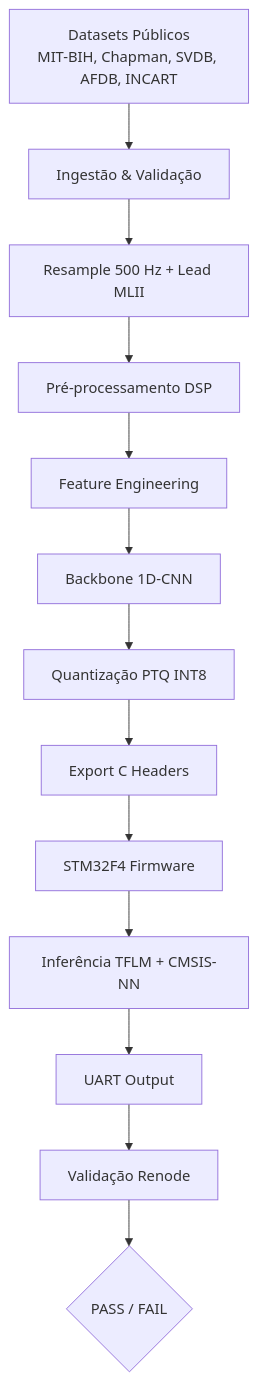
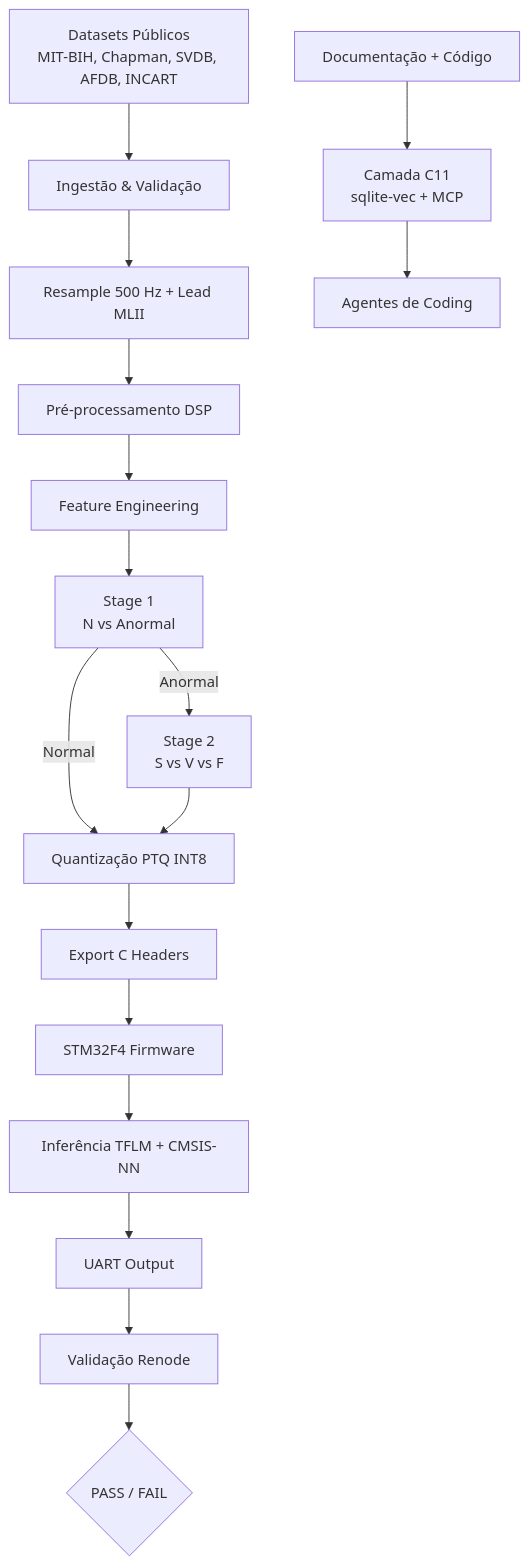
The diagram in README.md (Douglas0101/project-lewis), drawn with Mermaid before and after one commit. The commit also changed other lines of this file, not shown here.

First line of the commit message:
docs(readme): atualiza README.md para arquitetura v2.2 e Camada C11

````diff
--- a/README.md
+++ b/README.md
@@ -59,15 +63,20 @@
 ```mermaid
 flowchart TD
     A[Datasets Públicos<br/>MIT-BIH, Chapman, SVDB, AFDB, INCART] --> B[Ingestão & Validação]
     B --> C[Resample 500 Hz + Lead MLII]
     C --> D[Pré-processamento DSP]
     D --> E[Feature Engineering]
-    E --> F[Backbone 1D-CNN]
-    F --> G[Quantização PTQ INT8]
+    E --> F1[Stage 1<br/>N vs Anormal]
+    F1 -->|Anormal| F2[Stage 2<br/>S vs V vs F]
+    F1 -->|Normal| G[Quantização PTQ INT8]
+    F2 --> G
     G --> H[Export C Headers]
     H --> I[STM32F4 Firmware]
     I --> J[Inferência TFLM + CMSIS-NN]
     J --> K[UART Output]
     K --> L[Validação Renode]
     L --> M{PASS / FAIL}
+
+    K11[Documentação + Código] --> L11[Camada C11<br/>sqlite-vec + MCP]
+    L11 --> M11[Agentes de Coding]
 ```
````
